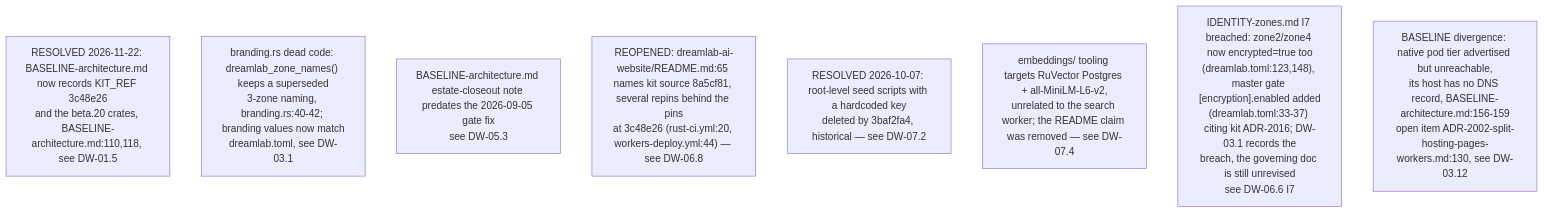
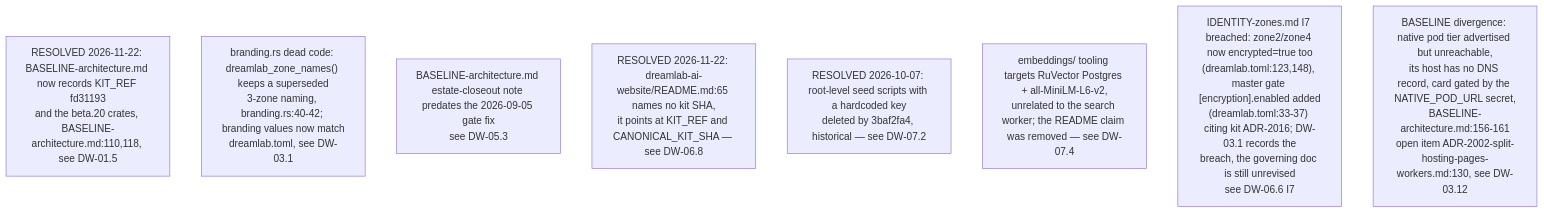
The sixth of 7 diagrams in docs/diagrams/dreamlab-ai-website/06-content-pipeline-and-invariants-register.md (DreamLab-AI/VisionFlow), drawn with Mermaid before and after one commit. The commit also changed other lines of this file and 8 other files, not shown here.

First line of the commit message:
diagrams(dreamlab-ai-website): re-verify DW-01..08 and DW-10 at e255b2b

````diff
--- a/docs/diagrams/dreamlab-ai-website/06-content-pipeline-and-invariants-register.md
+++ b/docs/diagrams/dreamlab-ai-website/06-content-pipeline-and-invariants-register.md
@@ -126,11 +126,11 @@
 ```mermaid
 flowchart TB
-    D9["RESOLVED 2026-11-22: BASELINE-architecture.md now records KIT_REF 3c48e26<br/>and the beta.20 crates, BASELINE-architecture.md:110,118, see DW-01.5"]
+    D9["RESOLVED 2026-11-22: BASELINE-architecture.md now records KIT_REF fd31193<br/>and the beta.20 crates, BASELINE-architecture.md:110,118, see DW-01.5"]
     D10["branding.rs dead code: dreamlab_zone_names() keeps a superseded<br/>3-zone naming, branding.rs:40-42; branding values now match<br/>dreamlab.toml, see DW-03.1"]
     D11["BASELINE-architecture.md estate-closeout note predates the 2026-09-05 gate fix<br/>see DW-05.3"]
-    D12["REOPENED: dreamlab-ai-website/README.md:65 names kit source 8a5cf81, several repins behind the pins<br/>at 3c48e26 (rust-ci.yml:20, workers-deploy.yml:44) — see DW-06.8"]
+    D12["RESOLVED 2026-11-22: dreamlab-ai-website/README.md:65 names no kit SHA,<br/>it points at KIT_REF and CANONICAL_KIT_SHA — see DW-06.8"]
     D13["RESOLVED 2026-10-07: root-level seed scripts with a hardcoded key<br/>deleted by 3baf2fa4, historical — see DW-07.2"]
     D14["embeddings/ tooling targets RuVector Postgres + all-MiniLM-L6-v2,<br/>unrelated to the search worker; the README claim was removed — see DW-07.4"]
     D15["IDENTITY-zones.md I7 breached: zone2/zone4 now encrypted=true too<br/>(dreamlab.toml:123,148), master gate [encryption].enabled added<br/>(dreamlab.toml:33-37) citing kit ADR-2016; DW-03.1 records the<br/>breach, the governing doc is still unrevised<br/>see DW-06.6 I7"]
-    D16["BASELINE divergence: native pod tier advertised but unreachable,<br/>its host has no DNS record, BASELINE-architecture.md:156-159<br/>open item ADR-2002-split-hosting-pages-workers.md:130, see DW-03.12"]
+    D16["BASELINE divergence: native pod tier advertised but unreachable,<br/>its host has no DNS record, card gated by the NATIVE_POD_URL secret,<br/>BASELINE-architecture.md:156-161<br/>open item ADR-2002-split-hosting-pages-workers.md:130, see DW-03.12"]
 ```
````
